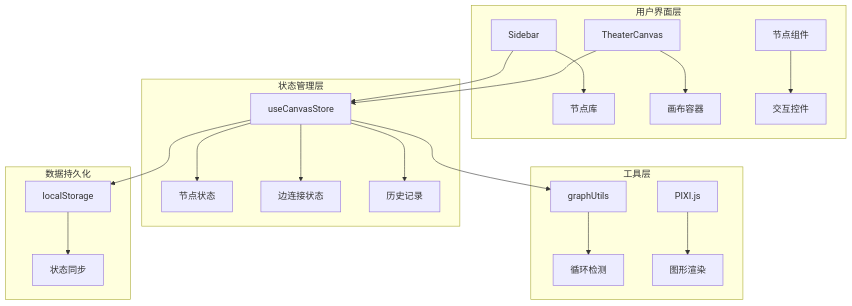
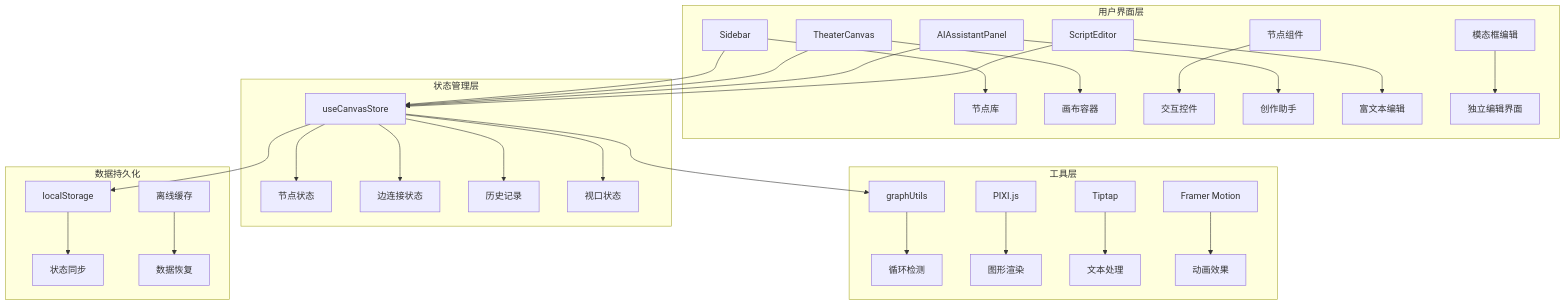
One commit to KunLabAI/KunFlix changed the second of 11 diagrams in .qoder/repowiki/zh/content/系统架构/前端架构/画布故事编辑器.md. Above: the diagram before and after it, drawn with Mermaid. The commit also changed other lines of this file and 155 other files, not shown here.

````diff
--- a/.qoder/repowiki/zh/content/系统架构/前端架构/画布故事编辑器.md
+++ b/.qoder/repowiki/zh/content/系统架构/前端架构/画布故事编辑器.md
@@ -98,24 +125,33 @@
 ```mermaid
 graph TB
 subgraph "用户界面层"
 A[Sidebar] --> B[节点库]
 C[TheaterCanvas] --> D[画布容器]
 E[节点组件] --> F[交互控件]
+G[AIAssistantPanel] --> H[创作助手]
+I[ScriptEditor] --> J[富文本编辑]
+K[模态框编辑] --> L[独立编辑界面]
 end
 subgraph "状态管理层"
-G[useCanvasStore] --> H[节点状态]
-G --> I[边连接状态]
-G --> J[历史记录]
+M[useCanvasStore] --> N[节点状态]
+M --> O[边连接状态]
+M --> P[历史记录]
+M --> Q[视口状态]
 end
 subgraph "工具层"
-K[graphUtils] --> L[循环检测]
-M[PIXI.js] --> N[图形渲染]
+R[graphUtils] --> S[循环检测]
+T[PIXI.js] --> U[图形渲染]
+V[Tiptap] --> W[文本处理]
+X[Framer Motion] --> Y[动画效果]
 end
 subgraph "数据持久化"
-O[localStorage] --> P[状态同步]
+Z[localStorage] --> AA[状态同步]
+AB[离线缓存] --> AC[数据恢复]
 end
-A --> G
-C --> G
-G --> O
-G --> K
+A --> M
+C --> M
+M --> Z
+M --> R
+G --> M
+I --> M
 ```
````
